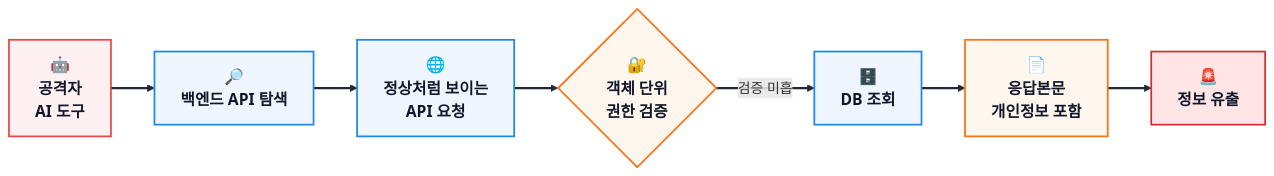
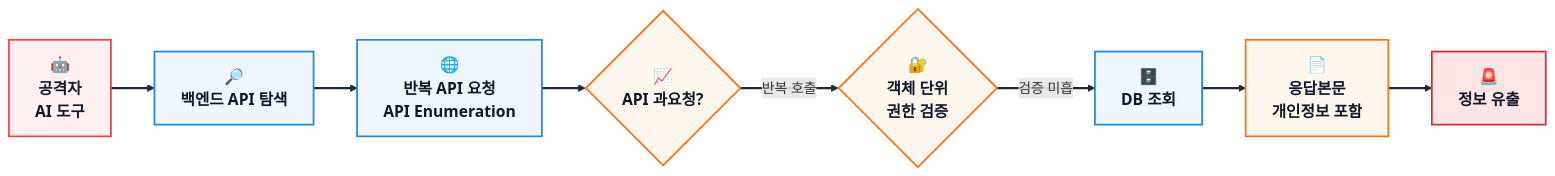
One commit to qubitsec/blog changed the first of 5 diagrams in content/ko/respond/modoo-startup-api-response-leak.md. Above: the diagram before and after it, drawn with Mermaid. The commit also changed other lines of this file, not shown here.

````diff
--- a/content/ko/respond/modoo-startup-api-response-leak.md
+++ b/content/ko/respond/modoo-startup-api-response-leak.md
@@ -128,45 +140,46 @@
 ```mermaid
 %%{init: {
   "theme": "base",
   "themeVariables": {
     "fontFamily": "Pretendard, Noto Sans KR, Arial",
     "background": "#ffffff",
     "primaryTextColor": "#0f172a",
     "lineColor": "#1f2937"
   },
   "themeCSS": "
     .node rect, .node circle, .node ellipse, .node polygon {
       filter: drop-shadow(0px 4px 8px rgba(15, 23, 42, 0.16));
     }
     .edgePath path {
       stroke-width: 2.6px;
     }
     .edgeLabel {
       background-color: #ffffff;
       color: #0f172a;
       font-weight: 700;
     }
   "
 }}%%
 
 flowchart LR
 
     A["🤖<br/><b>공격자</b><br/>AI 도구"] --> B["🔎<br/><b>백엔드 API 탐색</b>"]
-    B --> C["🌐<br/><b>정상처럼 보이는<br/>API 요청</b>"]
-    C --> D{"🔐<br/><b>객체 단위<br/>권한 검증</b>"}
-    D -- "검증 미흡" --> E["🗄️<br/><b>DB 조회</b>"]
-    E --> F["📄<br/><b>응답본문</b><br/>개인정보 포함"]
-    F --> G["🚨<br/><b>정보 유출</b>"]
+    B --> C["🌐<br/><b>반복 API 요청</b><br/>API Enumeration"]
+    C --> D{"📈<br/><b>API 과요청?</b>"}
+    D -- "반복 호출" --> E{"🔐<br/><b>객체 단위<br/>권한 검증</b>"}
+    E -- "검증 미흡" --> F["🗄️<br/><b>DB 조회</b>"]
+    F --> G["📄<br/><b>응답본문</b><br/>개인정보 포함"]
+    G --> H["🚨<br/><b>정보 유출</b>"]
 
     classDef attacker fill:#fff1f2,stroke:#ef4444,stroke-width:2px,color:#0f172a,font-size:18px,font-weight:bold;
     classDef normal fill:#eff6ff,stroke:#1e88e5,stroke-width:2px,color:#0f172a,font-size:18px,font-weight:bold;
     classDef warn fill:#fff7ed,stroke:#f97316,stroke-width:2px,color:#0f172a,font-size:18px,font-weight:bold;
     classDef danger fill:#ffe5e5,stroke:#d32f2f,stroke-width:2px,color:#0f172a,font-size:18px,font-weight:bold;
 
     class A attacker;
-    class B,C,E normal;
-    class D,F warn;
-    class G danger;
+    class B,C,F normal;
+    class D,E,G warn;
+    class H danger;
 
-    linkStyle 0,1,2,3,4,5 stroke:#1f2937,stroke-width:2.6px;
+    linkStyle 0,1,2,3,4,5,6 stroke:#1f2937,stroke-width:2.6px;
 ```
````
